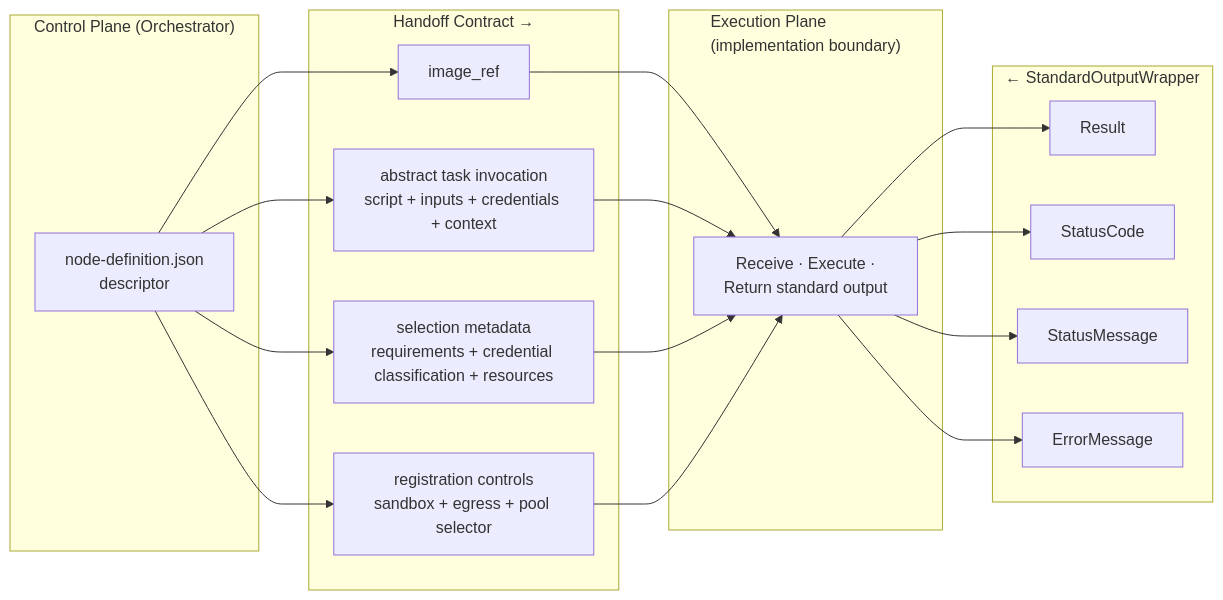
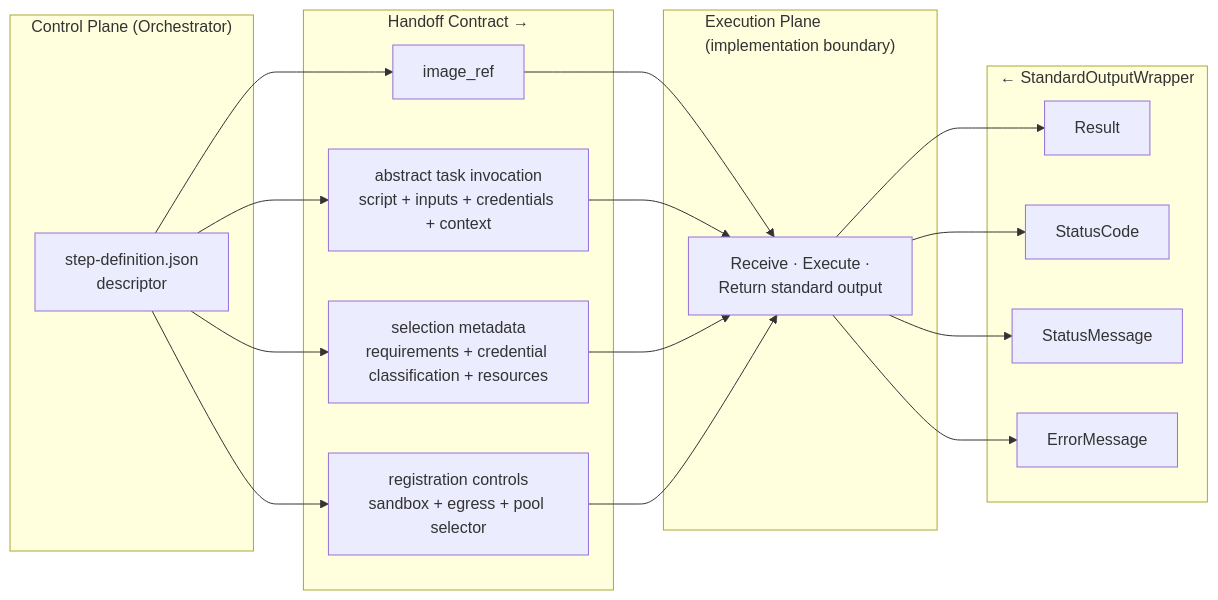
One commit to syntara-orchestration/syntara-node-sdk changed the fourth of 8 diagrams in docs/architecture.md. Above: the diagram before and after it, drawn with Mermaid. The commit also changed other lines of this file and 68 other files, not shown here.

Commit message:
fix: Restructure SDK and update terminology from "node" to "step"  (#4)

````diff
--- a/docs/architecture.md
+++ b/docs/architecture.md
@@ -410,33 +412,33 @@
 ```mermaid
 graph LR
     subgraph CONTROL["Control Plane (Orchestrator)"]
-        DESC["node-definition.json<br/>descriptor"]
+        DESC["step-definition.json<br/>descriptor"]
     end
 
     subgraph CONTRACT["Handoff Contract →"]
         C1["image_ref"]
         C2["abstract task invocation<br/>script + inputs + credentials + context"]
     C3["selection metadata<br/>requirements + credential classification + resources"]
         C4["registration controls<br/>sandbox + egress + pool selector"]
     end
 
     subgraph PLANE["Execution Plane<br/>(implementation boundary)"]
         BB["Receive · Execute ·<br/>Return standard output"]
     end
 
     subgraph RETURN["← StandardOutputWrapper"]
         R1["Result"]
         R2["StatusCode"]
         R3["StatusMessage"]
         R4["ErrorMessage"]
     end
 
     DESC --> C1 --> BB
     DESC --> C2 --> BB
     DESC --> C3 --> BB
     DESC --> C4 --> BB
     BB --> R1
     BB --> R2
     BB --> R3
     BB --> R4
 ```
````
